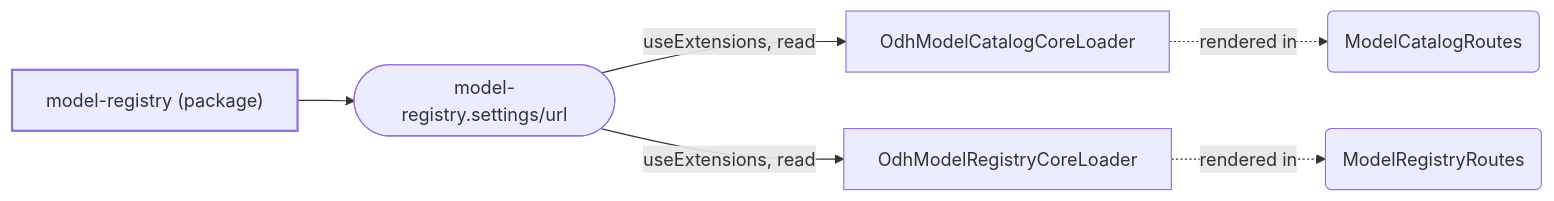
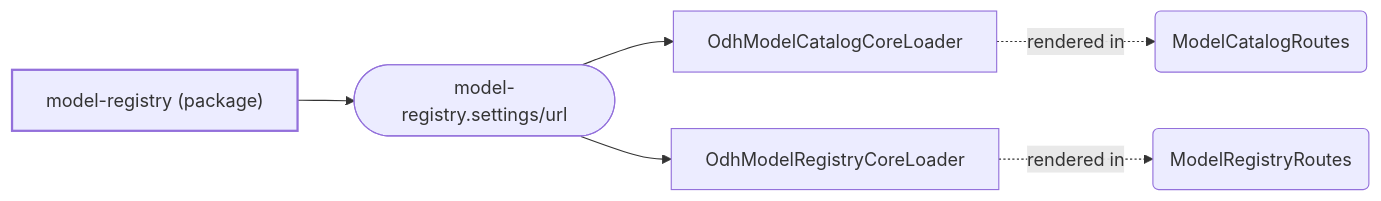
Before and after one commit to mturley/odh-dashboard: the ninth of 10 diagrams in packages/model-registry/docs/extensions.md, drawn with Mermaid. The commit also changed other lines of this file and 28 other files, not shown here.

````diff
--- a/packages/model-registry/docs/extensions.md
+++ b/packages/model-registry/docs/extensions.md
@@ -469,16 +541,16 @@
 ```mermaid
 flowchart LR
   classDef pkg stroke-width:2px
   classDef point stroke-width:1px
   n_pkg__odh_dashboard_model_registry_1fc815["model-registry (package)"]:::pkg
   n_model_registry_settings_url_26ee47(["model-registry.settings/url"]):::point
   n_pkg__odh_dashboard_model_registry_1fc815 --> n_model_registry_settings_url_26ee47
   n_symbol_packages_model_registry_upstream_frontend_src_odh_components_OdhModelCatalogCoreLoader_tsx_OdhModelCatalogCoreLoader_caa324["OdhModelCatalogCoreLoader"]
-  n_model_registry_settings_url_26ee47 -- "useExtensions, read" --> n_symbol_packages_model_registry_upstream_frontend_src_odh_components_OdhModelCatalogCoreLoader_tsx_OdhModelCatalogCoreLoader_caa324
+  n_model_registry_settings_url_26ee47 --> n_symbol_packages_model_registry_upstream_frontend_src_odh_components_OdhModelCatalogCoreLoader_tsx_OdhModelCatalogCoreLoader_caa324
   n_symbol_packages_model_registry_upstream_frontend_src_odh_components_OdhModelRegistryCoreLoader_tsx_OdhModelRegistryCoreLoader_048726["OdhModelRegistryCoreLoader"]
-  n_model_registry_settings_url_26ee47 -- "useExtensions, read" --> n_symbol_packages_model_registry_upstream_frontend_src_odh_components_OdhModelRegistryCoreLoader_tsx_OdhModelRegistryCoreLoader_048726
+  n_model_registry_settings_url_26ee47 --> n_symbol_packages_model_registry_upstream_frontend_src_odh_components_OdhModelRegistryCoreLoader_tsx_OdhModelRegistryCoreLoader_048726
   n_symbol_packages_model_registry_upstream_frontend_src_app_pages_modelCatalog_ModelCatalogRoutes_tsx_ModelCatalogRoutes_b582db("ModelCatalogRoutes")
   n_symbol_packages_model_registry_upstream_frontend_src_app_pages_modelRegistry_ModelRegistryRoutes_tsx_ModelRegistryRoutes_7a9291("ModelRegistryRoutes")
   n_symbol_packages_model_registry_upstream_frontend_src_odh_components_OdhModelCatalogCoreLoader_tsx_OdhModelCatalogCoreLoader_caa324 -. "rendered in" .-> n_symbol_packages_model_registry_upstream_frontend_src_app_pages_modelCatalog_ModelCatalogRoutes_tsx_ModelCatalogRoutes_b582db
   n_symbol_packages_model_registry_upstream_frontend_src_odh_components_OdhModelRegistryCoreLoader_tsx_OdhModelRegistryCoreLoader_048726 -. "rendered in" .-> n_symbol_packages_model_registry_upstream_frontend_src_app_pages_modelRegistry_ModelRegistryRoutes_tsx_ModelRegistryRoutes_7a9291
 ```
````
